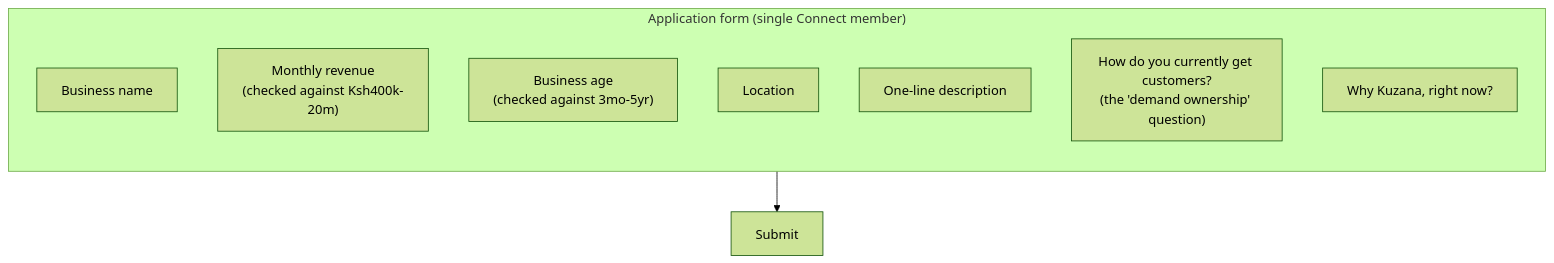
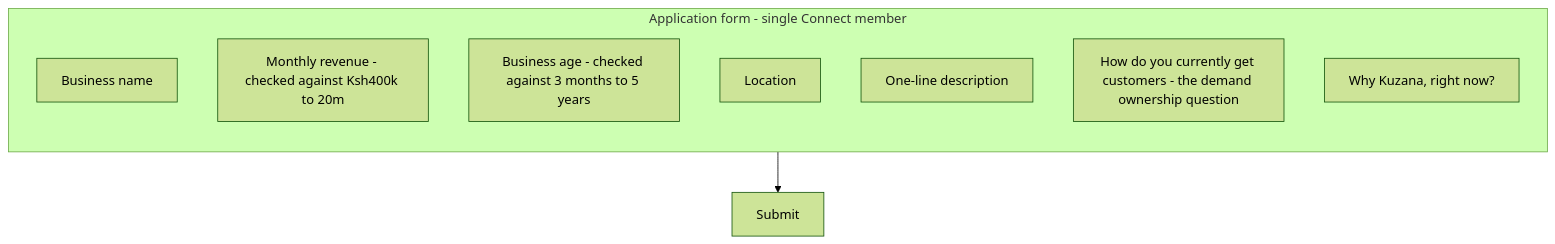
Before and after one commit to okumuraven/Boardy.ai: the third of 6 diagrams in bizi_flow.md, drawn with Mermaid (forest theme). The commit also changed other lines of this file, not shown here.

````diff
--- a/bizi_flow.md
+++ b/bizi_flow.md
@@ -68,14 +69,14 @@
 ```mermaid
 flowchart TD
-    subgraph Form["Application form (single Connect member)"]
+    subgraph Form[Application form - single Connect member]
         direction TB
         F1[Business name]
-        F2["Monthly revenue\n(checked against Ksh400k-20m)"]
-        F3["Business age\n(checked against 3mo-5yr)"]
+        F2[Monthly revenue - checked against Ksh400k to 20m]
+        F3[Business age - checked against 3 months to 5 years]
         F4[Location]
-        F5["One-line description"]
-        F6["How do you currently get customers?\n(the 'demand ownership' question)"]
-        F7["Why Kuzana, right now?"]
+        F5[One-line description]
+        F6[How do you currently get customers - the demand ownership question]
+        F7[Why Kuzana, right now?]
     end
     Form --> Submit[Submit]
 ```
````
